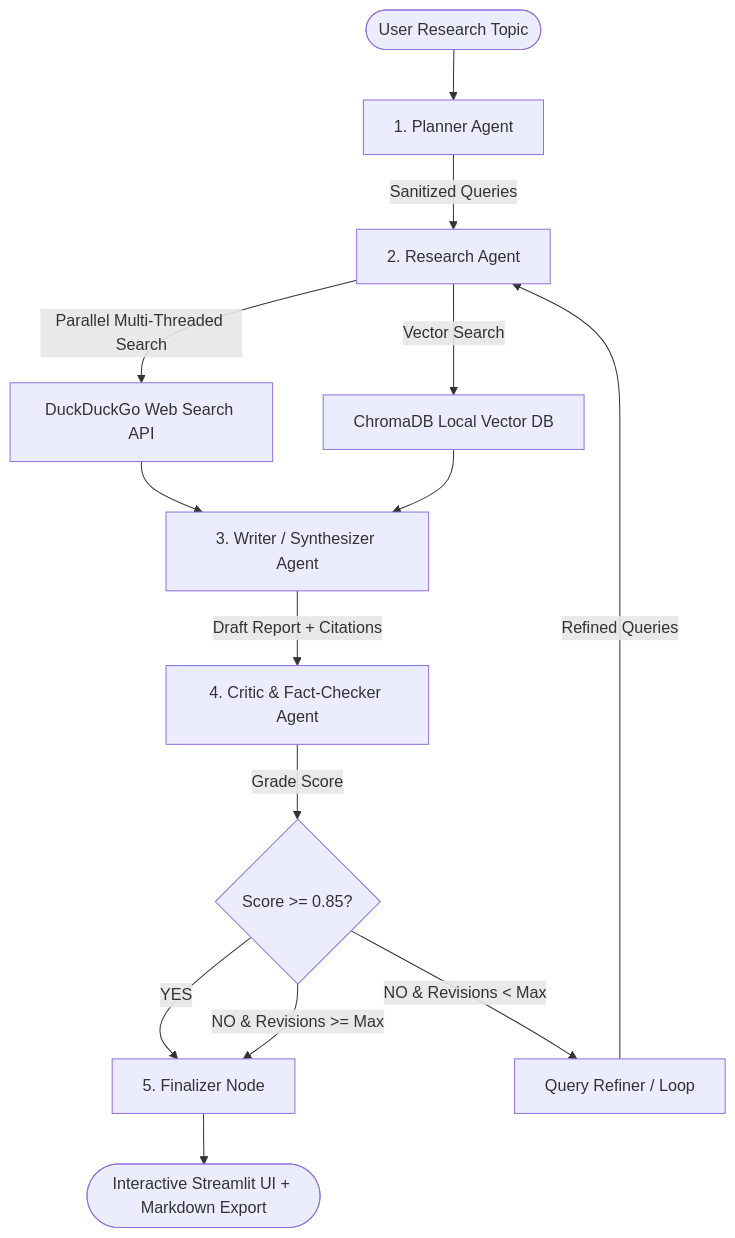
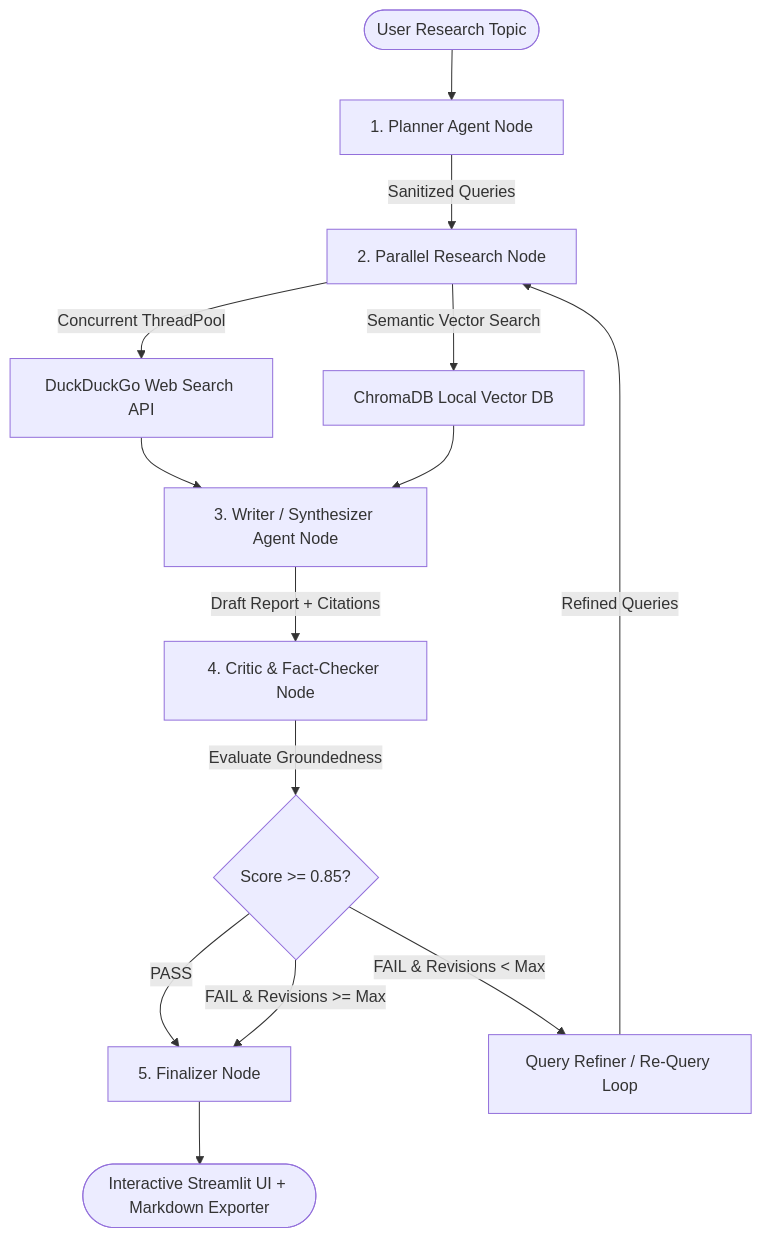
The diagram in Agentic_Research_Assistant/README.md (Dilshan118/Hands-On-RAG), drawn with Mermaid before and after one commit. The commit also changed other lines of this file and 3 other files, not shown here.

Commit message:
docs: rephrase and professionalize documentation and architectural descriptions across project READMEs and tutorials.

````diff
--- a/Agentic_Research_Assistant/README.md
+++ b/Agentic_Research_Assistant/README.md
@@ -17,22 +17,22 @@
 ```mermaid
 graph TD
-    User([User Research Topic]) --> Planner[1. Planner Agent]
-    Planner -->|Sanitized Queries| Research[2. Research Agent]
+    User([User Research Topic]) --> Planner[1. Planner Agent Node]
+    Planner -->|Sanitized Queries| Research[2. Parallel Research Node]
     
-    Research -->|Parallel Multi-Threaded Search| DDG[DuckDuckGo Web Search API]
-    Research -->|Vector Search| ChromaDB[ChromaDB Local Vector DB]
+    Research -->|Concurrent ThreadPool| DDG[DuckDuckGo Web Search API]
+    Research -->|Semantic Vector Search| ChromaDB[ChromaDB Local Vector DB]
     
-    DDG --> Writer[3. Writer / Synthesizer Agent]
+    DDG --> Writer[3. Writer / Synthesizer Agent Node]
     ChromaDB --> Writer
     
-    Writer -->|Draft Report + Citations| Critic[4. Critic & Fact-Checker Agent]
+    Writer -->|Draft Report + Citations| Critic[4. Critic & Fact-Checker Node]
     
-    Critic -->|Grade Score| Evaluator{Score >= 0.85?}
+    Critic -->|Evaluate Groundedness| Evaluator{Score >= 0.85?}
     
-    Evaluator -->|YES| Finalizer[5. Finalizer Node]
-    Evaluator -->|NO & Revisions < Max| Refiner[Query Refiner / Loop]
+    Evaluator -->|PASS| Finalizer[5. Finalizer Node]
+    Evaluator -->|FAIL & Revisions < Max| Refiner[Query Refiner / Re-Query Loop]
     Refiner -->|Refined Queries| Research
-    Evaluator -->|NO & Revisions >= Max| Finalizer
+    Evaluator -->|FAIL & Revisions >= Max| Finalizer
     
-    Finalizer --> Output([Interactive Streamlit UI + Markdown Export])
+    Finalizer --> Output([Interactive Streamlit UI + Markdown Exporter])
 ```
````
